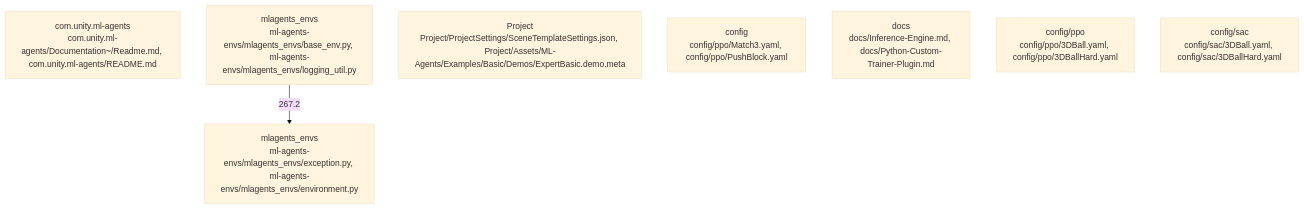
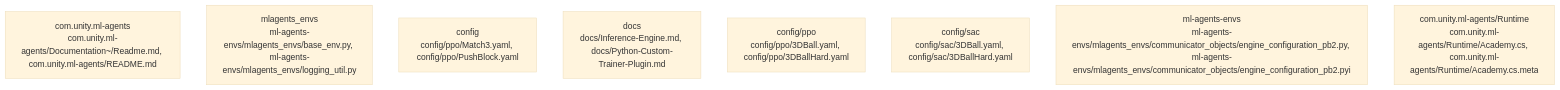
Before and after one commit to ta01012004/Codewiki-and-benchmark-4-models-local: the diagram in outputs/docs/CodeLlama/ml-agents.md, drawn with Mermaid (base theme). The commit also changed other lines of this file and 11 other files, not shown here.

````diff
--- a/outputs/docs/CodeLlama/ml-agents.md
+++ b/outputs/docs/CodeLlama/ml-agents.md
@@ -65,14 +17,11 @@
 ```mermaid
-
 flowchart TD
   community_01[com.unity.ml-agents\ncom.unity.ml-agents/Documentation~/Readme.md, com.unity.ml-agents/README.md]
   community_02[mlagents_envs\nml-agents-envs/mlagents_envs/base_env.py, ml-agents-envs/mlagents_envs/logging_util.py]
-  community_03[Project\nProject/ProjectSettings/SceneTemplateSettings.json, Project/Assets/ML-Agents/Examples/Basic/Demos/ExpertBasic.demo.meta]
-  community_04[mlagents_envs\nml-agents-envs/mlagents_envs/exception.py, ml-agents-envs/mlagents_envs/environment.py]
-  community_05[config\nconfig/ppo/Match3.yaml, config/ppo/PushBlock.yaml]
-  community_06[docs\ndocs/Inference-Engine.md, docs/Python-Custom-Trainer-Plugin.md]
-  community_07[config/ppo\nconfig/ppo/3DBall.yaml, config/ppo/3DBallHard.yaml]
-  community_08[config/sac\nconfig/sac/3DBall.yaml, config/sac/3DBallHard.yaml]
-  community_02 -->|267.2| community_04
-
+  community_03[config\nconfig/ppo/Match3.yaml, config/ppo/PushBlock.yaml]
+  community_04[docs\ndocs/Inference-Engine.md, docs/Python-Custom-Trainer-Plugin.md]
+  community_05[config/ppo\nconfig/ppo/3DBall.yaml, config/ppo/3DBallHard.yaml]
+  community_06[config/sac\nconfig/sac/3DBall.yaml, config/sac/3DBallHard.yaml]
+  community_07[ml-agents-envs\nml-agents-envs/mlagents_envs/communicator_objects/engine_configuration_pb2.py, ml-agents-envs/mlagents_envs/communicator_objects/engine_configuration_pb2.pyi]
+  community_08[com.unity.ml-agents/Runtime\ncom.unity.ml-agents/Runtime/Academy.cs, com.unity.ml-agents/Runtime/Academy.cs.meta]
 ```
````
